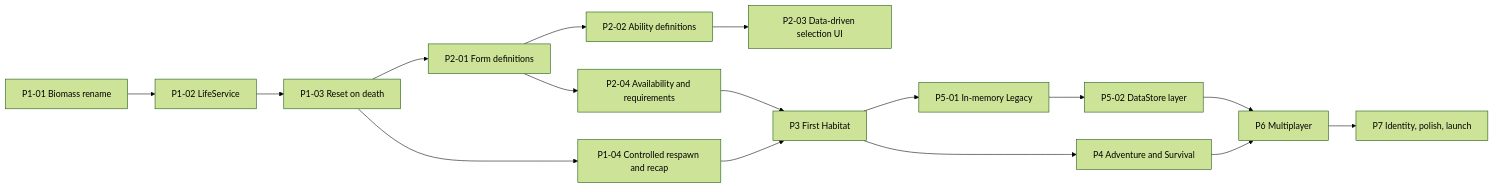
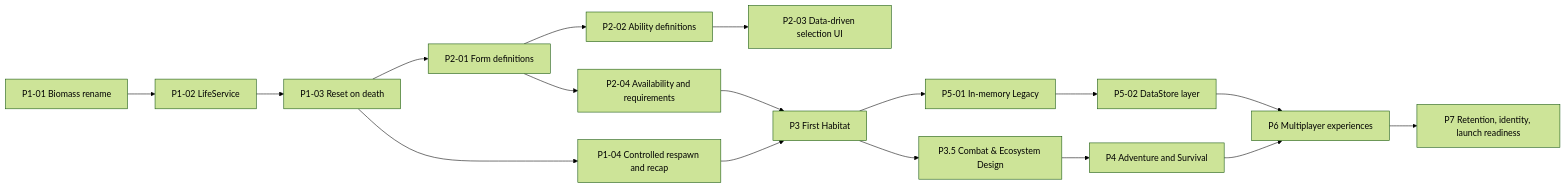
The diagram in docs/TT-P0-02R Implementation Migration Plan.md (ThisIsEnzo/tiny-titans), drawn with Mermaid (forest theme) before and after one commit. The commit also changed other lines of this file and 2 other files, not shown here.

Commit message:
docs: align evolution architecture and migration plan with product direction

````diff
--- a/docs/TT-P0-02R Implementation Migration Plan.md
+++ b/docs/TT-P0-02R Implementation Migration Plan.md
@@ -33,18 +36,19 @@
 ```mermaid
 flowchart LR
     P1_1[P1-01 Biomass rename] --> P1_2[P1-02 LifeService]
     P1_2 --> P1_3[P1-03 Reset on death]
     P1_3 --> P1_4[P1-04 Controlled respawn and recap]
     P1_3 --> P2_1[P2-01 Form definitions]
     P2_1 --> P2_2[P2-02 Ability definitions]
     P2_2 --> P2_3[P2-03 Data-driven selection UI]
     P2_1 --> P2_4[P2-04 Availability and requirements]
     P1_4 --> P3[P3 First Habitat]
     P2_4 --> P3
-    P3 --> P4[P4 Adventure and Survival]
+    P3 --> P3_5[P3.5 Combat & Ecosystem Design]
+    P3_5 --> P4[P4 Adventure and Survival]
     P3 --> P5_1[P5-01 In-memory Legacy]
     P5_1 --> P5_2[P5-02 DataStore layer]
-    P4 --> P6[P6 Multiplayer]
+    P4 --> P6[P6 Multiplayer experiences]
     P5_2 --> P6
-    P6 --> P7[P7 Identity, polish, launch]
+    P6 --> P7[P7 Retention, identity, launch readiness]
 ```
````
